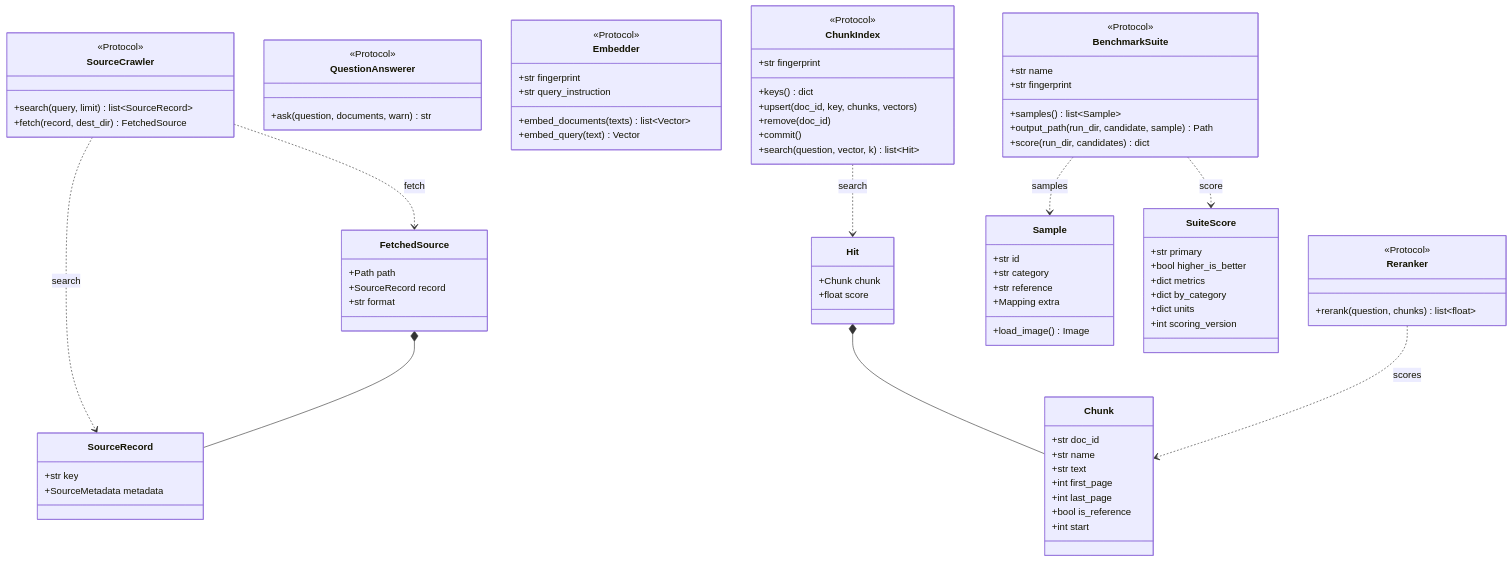
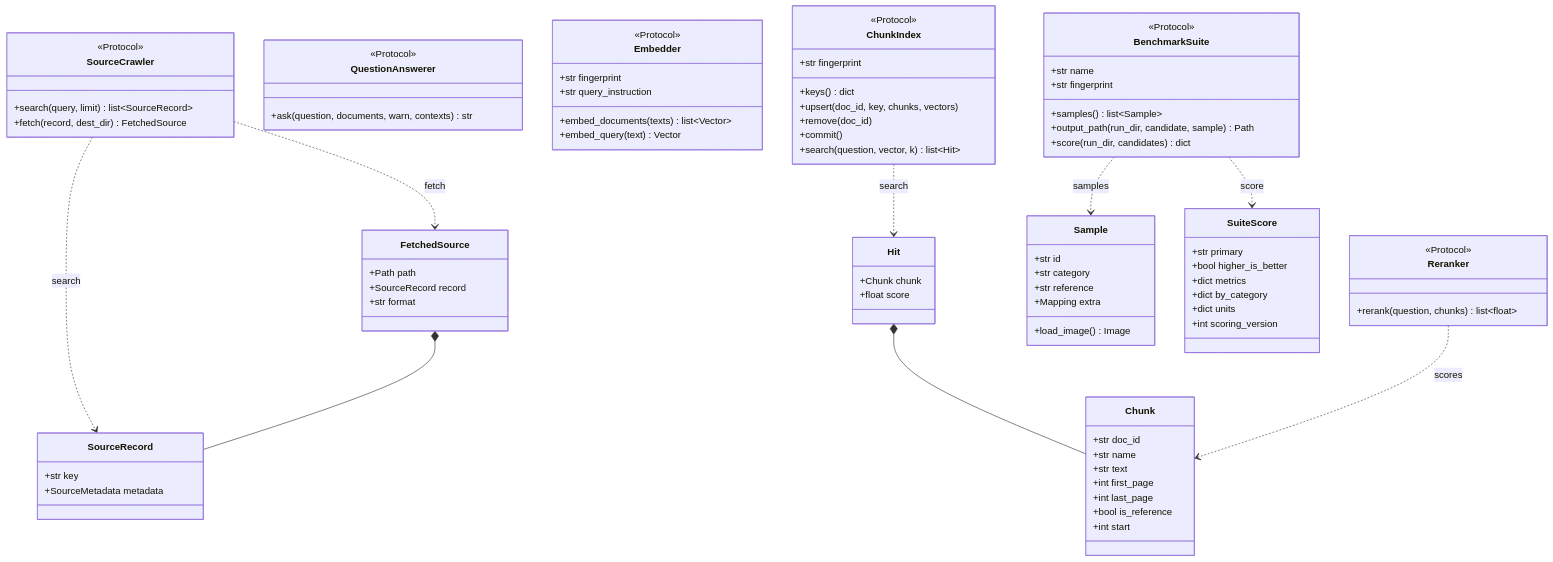
One commit to etxsA/doc-ingest changed the fifth of 18 diagrams in packages/docingest/docs/architecture.md. Above: the diagram before and after it, drawn with Mermaid. The commit also changed other lines of this file and 8 other files, not shown here.

```diff
--- a/packages/docingest/docs/architecture.md
+++ b/packages/docingest/docs/architecture.md
@@ -324,7 +324,7 @@
     }
     class QuestionAnswerer {
         <<Protocol>>
-        +ask(question, documents, warn) str
+        +ask(question, documents, warn, contexts) str
     }
     class Embedder {
         <<Protocol>>
```
